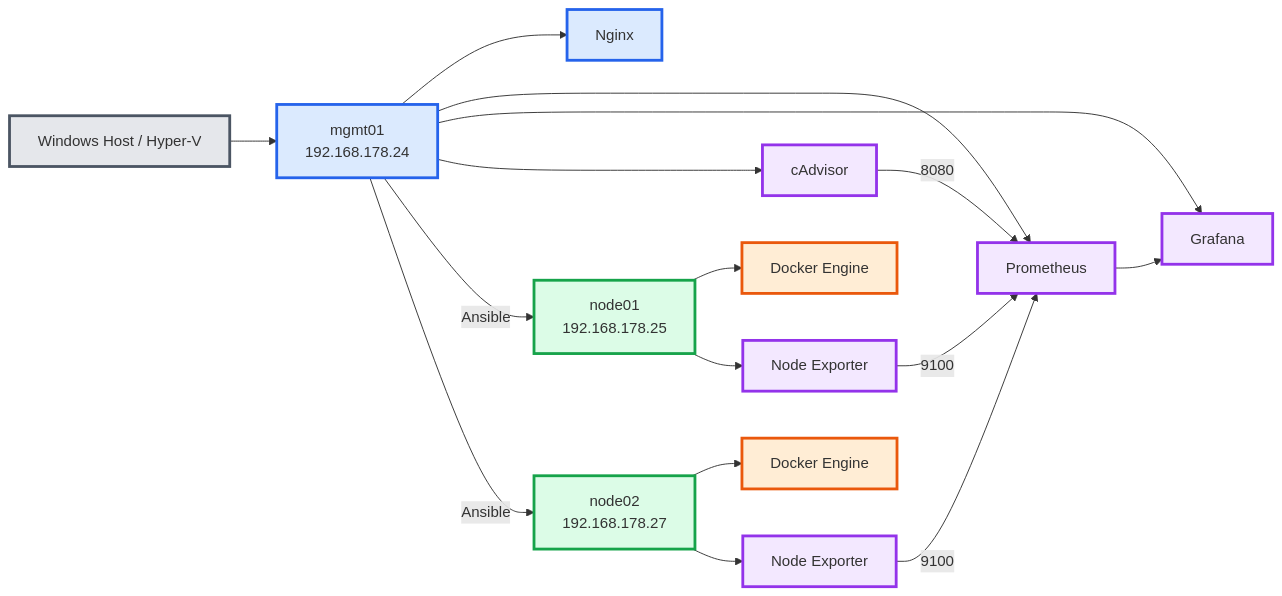
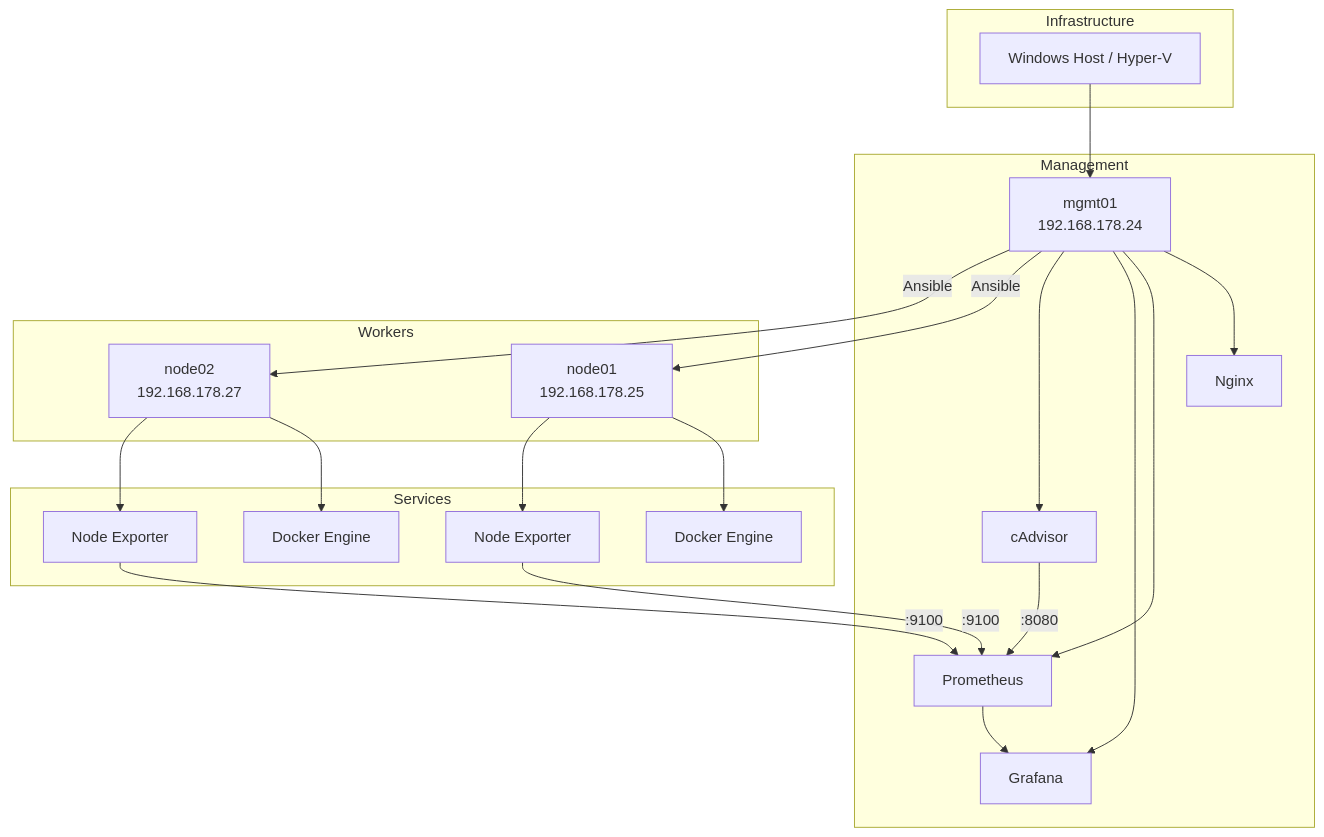
Before and after one commit to k0r4y/homelab: the diagram in docs/README.md, drawn with Mermaid.

Commit message:
docs:remove colors from diagram, github doesn't play well with dark-mode making text unreadable in certain cases

````diff
--- a/docs/README.md
+++ b/docs/README.md
@@ -72,65 +72,50 @@
 ```mermaid
-graph LR
+graph TD
 
-    A["Windows Host / Hyper-V"]
+    subgraph Infrastructure
+        A["Windows Host / Hyper-V"]
+    end
 
-    B["mgmt01<br>192.168.178.24"]
+    subgraph Management
+        B["mgmt01<br>192.168.178.24"]
+        NG["Nginx"]
+        PR["Prometheus"]
+        GF["Grafana"]
+        CA["cAdvisor"]
+    end
 
-    N1["node01<br>192.168.178.25"]
-    N2["node02<br>192.168.178.27"]
+    subgraph Workers
+        N1["node01<br>192.168.178.25"]
+        N2["node02<br>192.168.178.27"]
+    end
 
-    NG["Nginx"]
-    PR["Prometheus"]
-    GF["Grafana"]
-    CA["cAdvisor"]
+    subgraph Services
+        DE1["Docker Engine"]
+        NE1["Node Exporter"]
 
-    DE1["Docker Engine"]
-    DE2["Docker Engine"]
-
-    NE1["Node Exporter"]
-    NE2["Node Exporter"]
+        DE2["Docker Engine"]
+        NE2["Node Exporter"]
+    end
 
     A --> B
 
     B --> NG
     B --> PR
     B --> GF
     B --> CA
 
     B -->|Ansible| N1
     B -->|Ansible| N2
 
     N1 --> DE1
     N1 --> NE1
 
     N2 --> DE2
     N2 --> NE2
 
-    NE1 -->|9100| PR
-    NE2 -->|9100| PR
-    CA -->|8080| PR
+    NE1 -->|:9100| PR
+    NE2 -->|:9100| PR
+    CA -->|:8080| PR
 
     PR --> GF
-
-    %% Infrastructure
-    style A fill:#E5E7EB,stroke:#4B5563,stroke-width:3px
-
-    %% Management
-    style B fill:#DBEAFE,stroke:#2563EB,stroke-width:3px
-    style NG fill:#DBEAFE,stroke:#2563EB,stroke-width:3px
-
-    %% Worker Nodes
-    style N1 fill:#DCFCE7,stroke:#16A34A,stroke-width:3px
-    style N2 fill:#DCFCE7,stroke:#16A34A,stroke-width:3px
-
-    %% Container Runtime
-    style DE1 fill:#FFEDD5,stroke:#EA580C,stroke-width:3px
-    style DE2 fill:#FFEDD5,stroke:#EA580C,stroke-width:3px
-
-    %% Monitoring Stack
-    style PR fill:#F3E8FF,stroke:#9333EA,stroke-width:3px
-    style GF fill:#F3E8FF,stroke:#9333EA,stroke-width:3px
-    style CA fill:#F3E8FF,stroke:#9333EA,stroke-width:3px
-    style NE1 fill:#F3E8FF,stroke:#9333EA,stroke-width:3px
-    style NE2 fill:#F3E8FF,stroke:#9333EA,stroke-width:3px
 ```
````
